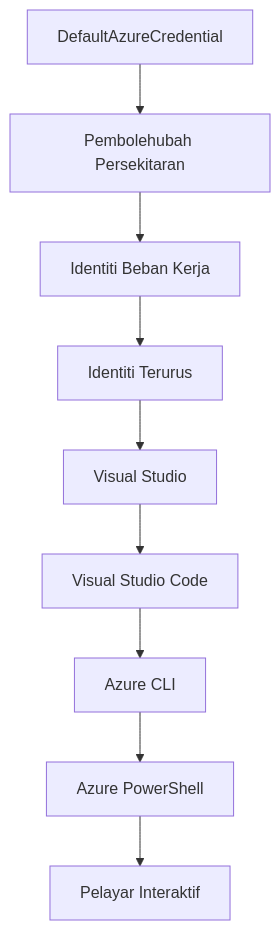
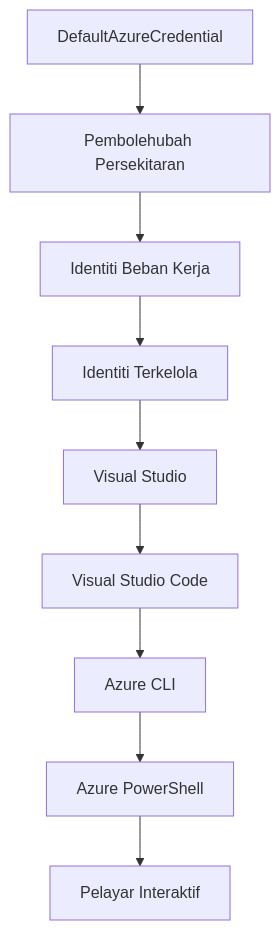
Before and after one commit to microsoft/AZD-for-beginners: the second of 2 diagrams in translations/ms/docs/chapter-01-foundation/azd-basics.md, drawn with Mermaid. The commit also changed other lines of this file and 104 other files, not shown here.

````diff
--- a/translations/ms/docs/chapter-01-foundation/azd-basics.md
+++ b/translations/ms/docs/chapter-01-foundation/azd-basics.md
@@ -591,11 +608,11 @@
 ```mermaid
 graph TD
     A[DefaultAzureCredential] --> B[Pembolehubah Persekitaran]
     B --> C[Identiti Beban Kerja]
-    C --> D[Identiti Terurus]
+    C --> D[Identiti Terkelola]
     D --> E[Visual Studio]
     E --> F[Visual Studio Code]
     F --> G[Azure CLI]
     G --> H[Azure PowerShell]
     H --> I[Pelayar Interaktif]
 ```
````
